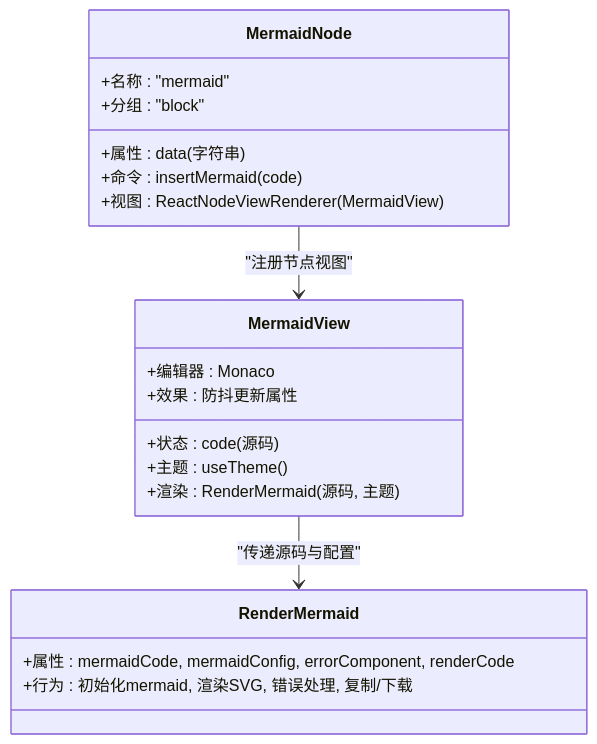
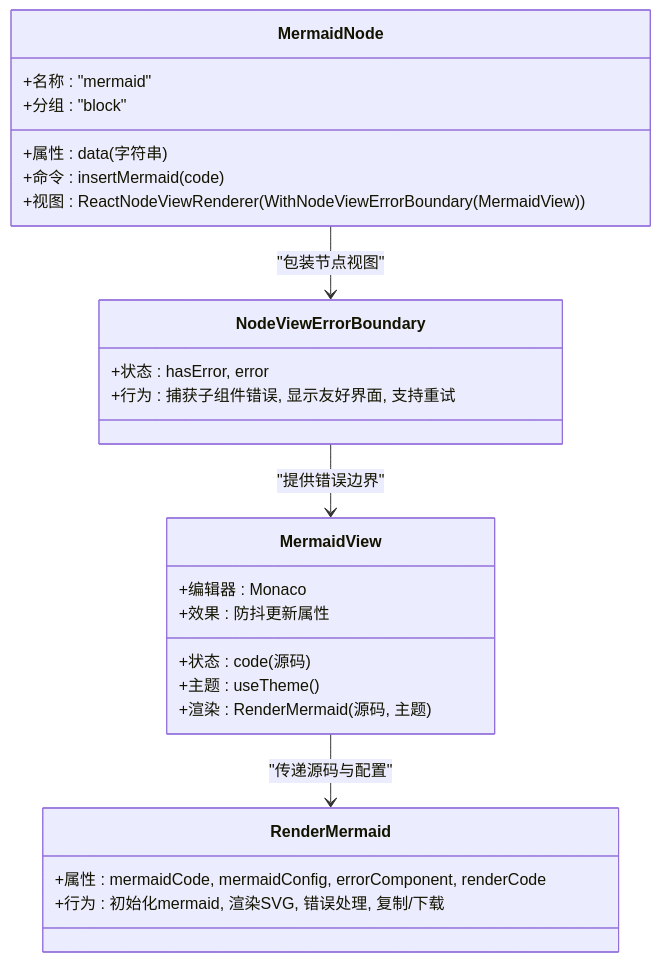
The third of 9 diagrams in .qoder/repowiki/zh/content/功能模块/绘图插件/Mermaid图表插件.md (LRF0422/Kotion), drawn with Mermaid before and after one commit. The commit also changed other lines of this file and 14 other files, not shown here.

````diff
--- a/.qoder/repowiki/zh/content/功能模块/绘图插件/Mermaid图表插件.md
+++ b/.qoder/repowiki/zh/content/功能模块/绘图插件/Mermaid图表插件.md
@@ -142,23 +160,28 @@
 ```mermaid
 classDiagram
 class MermaidNode {
 +名称 : "mermaid"
 +分组 : "block"
 +属性 : data(字符串)
 +命令 : insertMermaid(code)
-+视图 : ReactNodeViewRenderer(MermaidView)
++视图 : ReactNodeViewRenderer(WithNodeViewErrorBoundary(MermaidView))
+}
+class NodeViewErrorBoundary {
++状态 : hasError, error
++行为 : 捕获子组件错误, 显示友好界面, 支持重试
 }
 class MermaidView {
 +状态 : code(源码)
 +编辑器 : Monaco
 +主题 : useTheme()
 +效果 : 防抖更新属性
 +渲染 : RenderMermaid(源码, 主题)
 }
 class RenderMermaid {
 +属性 : mermaidCode, mermaidConfig, errorComponent, renderCode
 +行为 : 初始化mermaid, 渲染SVG, 错误处理, 复制/下载
 }
-MermaidNode --> MermaidView : "注册节点视图"
+MermaidNode --> NodeViewErrorBoundary : "包装节点视图"
+NodeViewErrorBoundary --> MermaidView : "提供错误边界"
 MermaidView --> RenderMermaid : "传递源码与配置"
 ```
````
